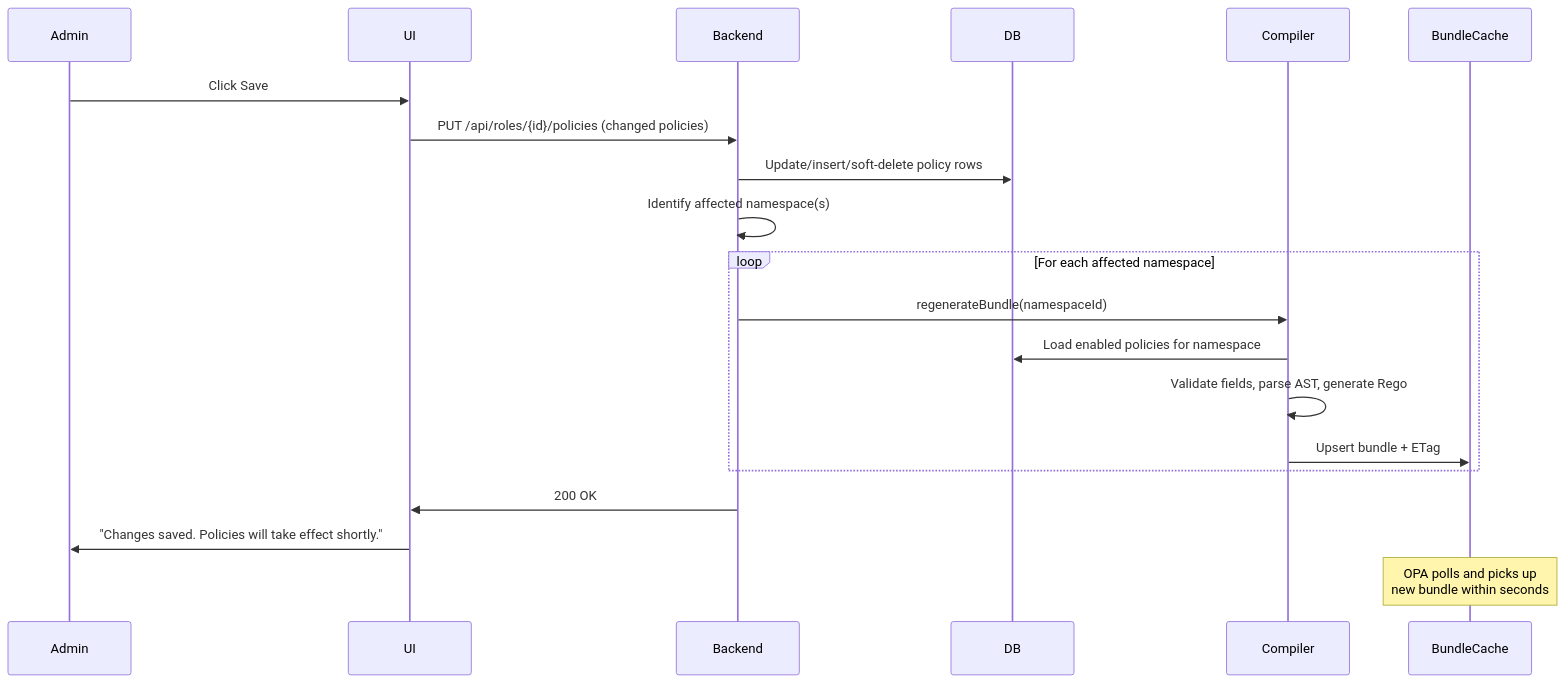
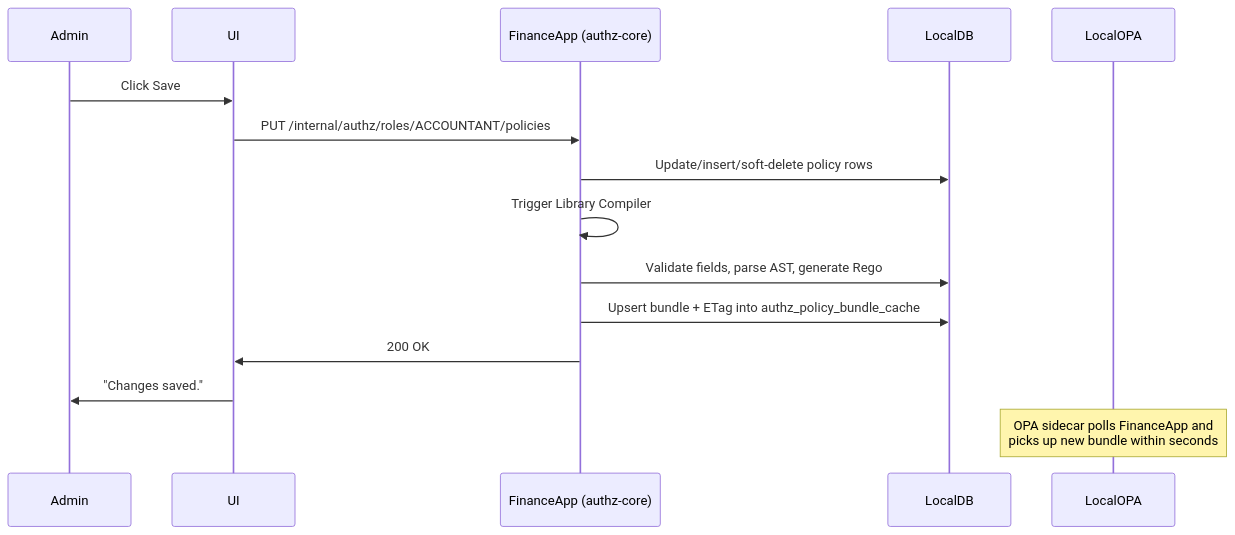
Before and after one commit to gopakumar-k-a-datamate/opa_integration_backend: the diagram in 05-admin-ui-workflow.md, drawn with Mermaid. The commit also changed other lines of this file and 5 other files, not shown here.

````diff
--- a/05-admin-ui-workflow.md
+++ b/05-admin-ui-workflow.md
@@ -193,23 +149,18 @@
 ```mermaid
 sequenceDiagram
     participant Admin
     participant UI
-    participant Backend
-    participant DB
-    participant Compiler
-    participant BundleCache
-
+    participant FinanceApp as FinanceApp (authz-core)
+    participant LocalDB
+    participant LocalOPA
+ 
     Admin->>UI: Click Save
-    UI->>Backend: PUT /api/roles/{id}/policies (changed policies)
-    Backend->>DB: Update/insert/soft-delete policy rows
-    Backend->>Backend: Identify affected namespace(s)
-    loop For each affected namespace
-        Backend->>Compiler: regenerateBundle(namespaceId)
-        Compiler->>DB: Load enabled policies for namespace
-        Compiler->>Compiler: Validate fields, parse AST, generate Rego
-        Compiler->>BundleCache: Upsert bundle + ETag
-    end
-    Backend->>UI: 200 OK
-    UI->>Admin: "Changes saved. Policies will take effect shortly."
-    Note over BundleCache: OPA polls and picks up<br/>new bundle within seconds
+    UI->>FinanceApp: PUT /internal/authz/roles/ACCOUNTANT/policies
+    FinanceApp->>LocalDB: Update/insert/soft-delete policy rows
+    FinanceApp->>FinanceApp: Trigger Library Compiler
+    FinanceApp->>LocalDB: Validate fields, parse AST, generate Rego
+    FinanceApp->>LocalDB: Upsert bundle + ETag into authz_policy_bundle_cache
+    FinanceApp->>UI: 200 OK
+    UI->>Admin: "Changes saved."
+    Note over LocalOPA: OPA sidecar polls FinanceApp and<br/>picks up new bundle within seconds
 ```
````
